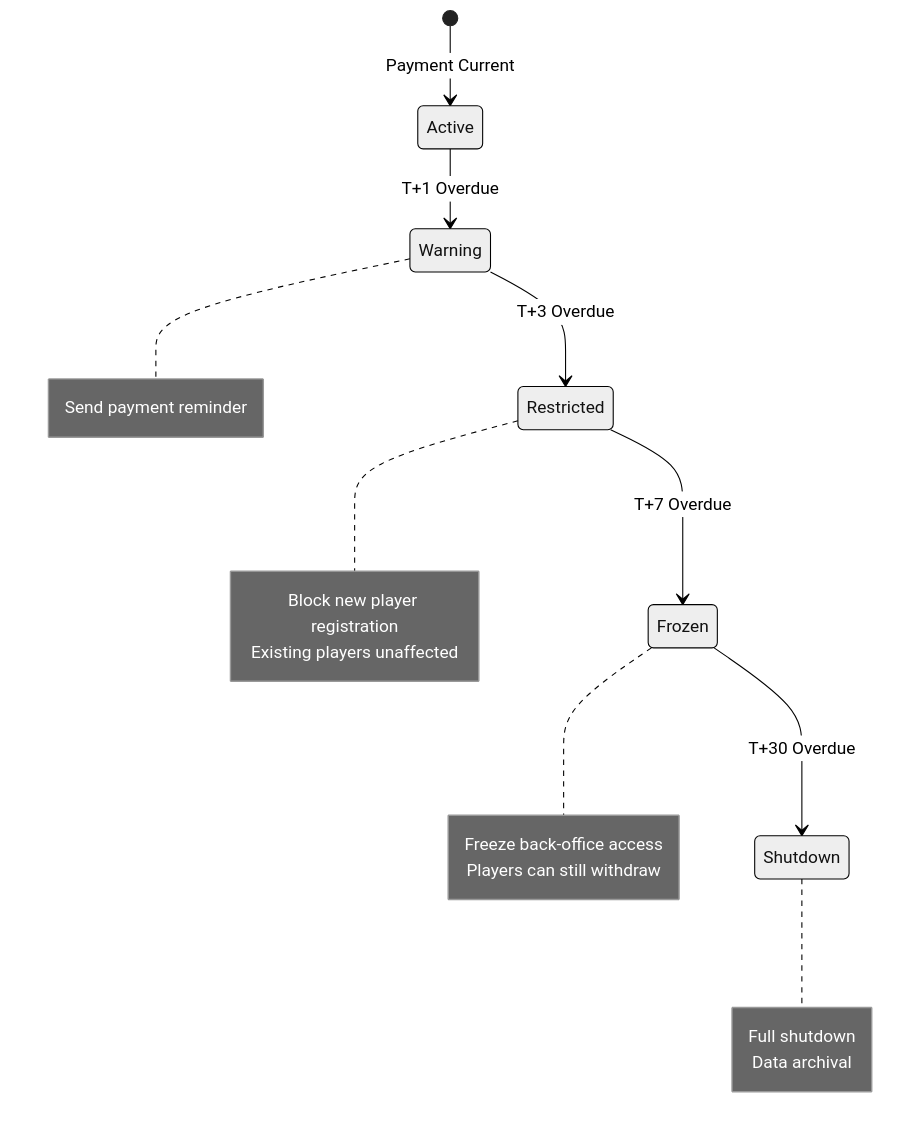
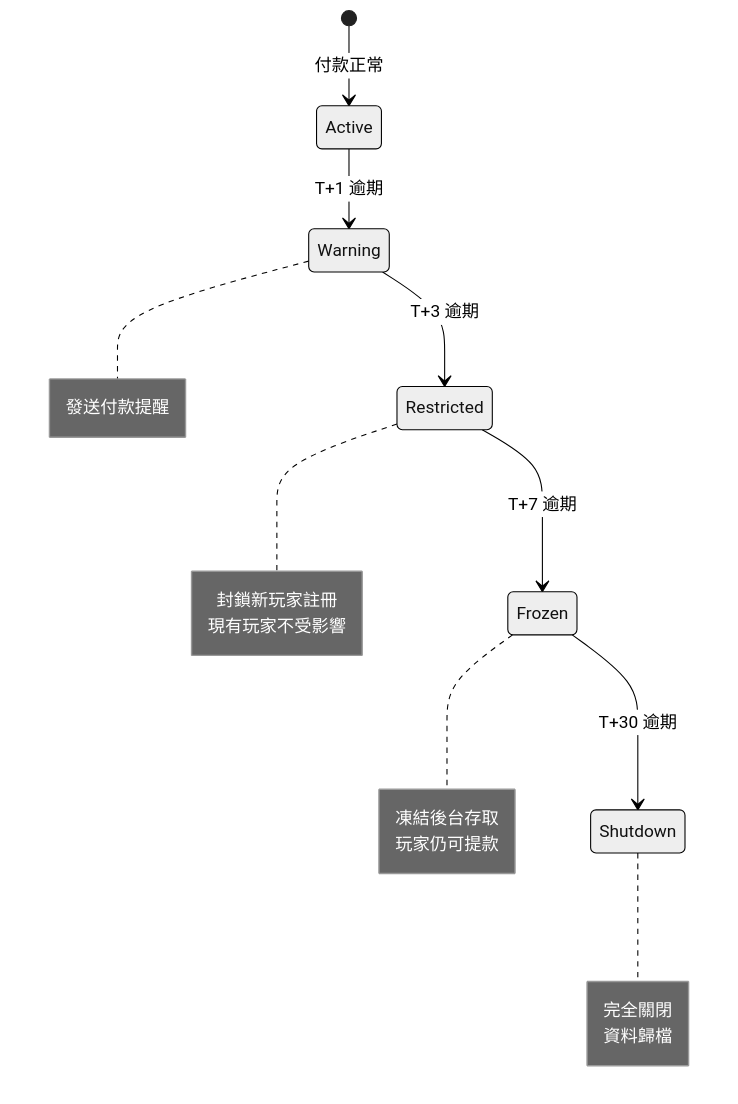
Before and after one commit to ron03wlb/smart-admin: the ninth of 12 diagrams in docs/iGaming/architecture/00_Overview/Platform_Architecture.md, drawn with Mermaid (neutral theme). The commit also changed other lines of this file, not shown here.

First line of the commit message:
docs(iGaming): translate Platform_Architecture.md to Traditional Chinese

````diff
--- a/docs/iGaming/architecture/00_Overview/Platform_Architecture.md
+++ b/docs/iGaming/architecture/00_Overview/Platform_Architecture.md
@@ -386,27 +386,27 @@
 ```mermaid
 stateDiagram-v2
-    [*] --> Active: Payment Current
-    Active --> Warning: T+1 Overdue
-    Warning --> Restricted: T+3 Overdue
-    Restricted --> Frozen: T+7 Overdue
-    Frozen --> Shutdown: T+30 Overdue
+    [*] --> Active: 付款正常
+    Active --> Warning: T+1 逾期
+    Warning --> Restricted: T+3 逾期
+    Restricted --> Frozen: T+7 逾期
+    Frozen --> Shutdown: T+30 逾期
 
     note right of Warning
-        Send payment reminder
+        發送付款提醒
     end note
 
     note right of Restricted
-        Block new player registration
-        Existing players unaffected
+        封鎖新玩家註冊
+        現有玩家不受影響
     end note
 
     note right of Frozen
-        Freeze back-office access
-        Players can still withdraw
+        凍結後台存取
+        玩家仍可提款
     end note
 
     note right of Shutdown
-        Full shutdown
-        Data archival
+        完全關閉
+        資料歸檔
     end note
 ```
````
